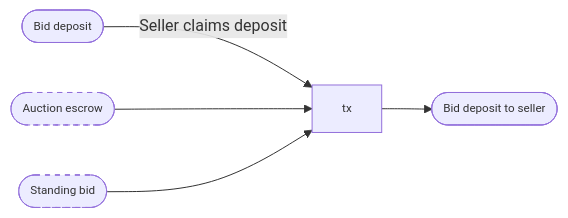
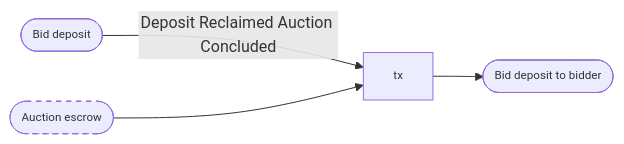
One commit to mlabs-haskell/hydra-auction changed diagram 18 of 23 in docs/on_chain_spec.md. Above: the diagram before and after it, drawn with Mermaid. The commit also changed other lines of this file, not shown here.

````diff
--- a/docs/on_chain_spec.md
+++ b/docs/on_chain_spec.md
@@ -603,11 +1021,10 @@
 ```mermaid
 flowchart LR
-  input1([Bid deposit]) -- Seller claims deposit --> tx
+  input1([Bid deposit]) -- Deposit Reclaimed Auction Concluded --> tx
   input2([Auction escrow]):::reference --> tx
-  input3([Standing bid]):::reference --> tx
-  tx --> output1([Bid deposit to seller])
+  tx --> output1([Bid deposit to bidder])
   tx
 
   classDef default font-size:90%, overflow:visible;
   classDef reference stroke-dasharray: 5 5;
 ```
````
